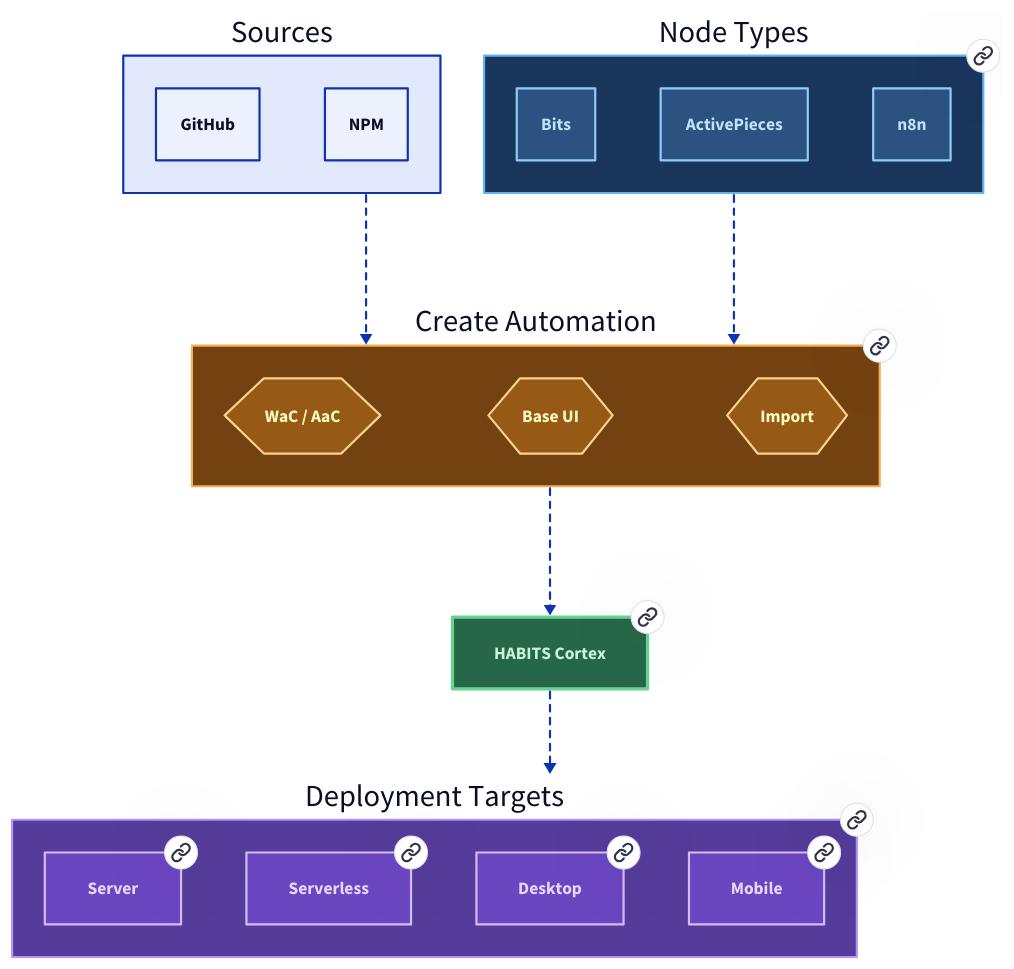
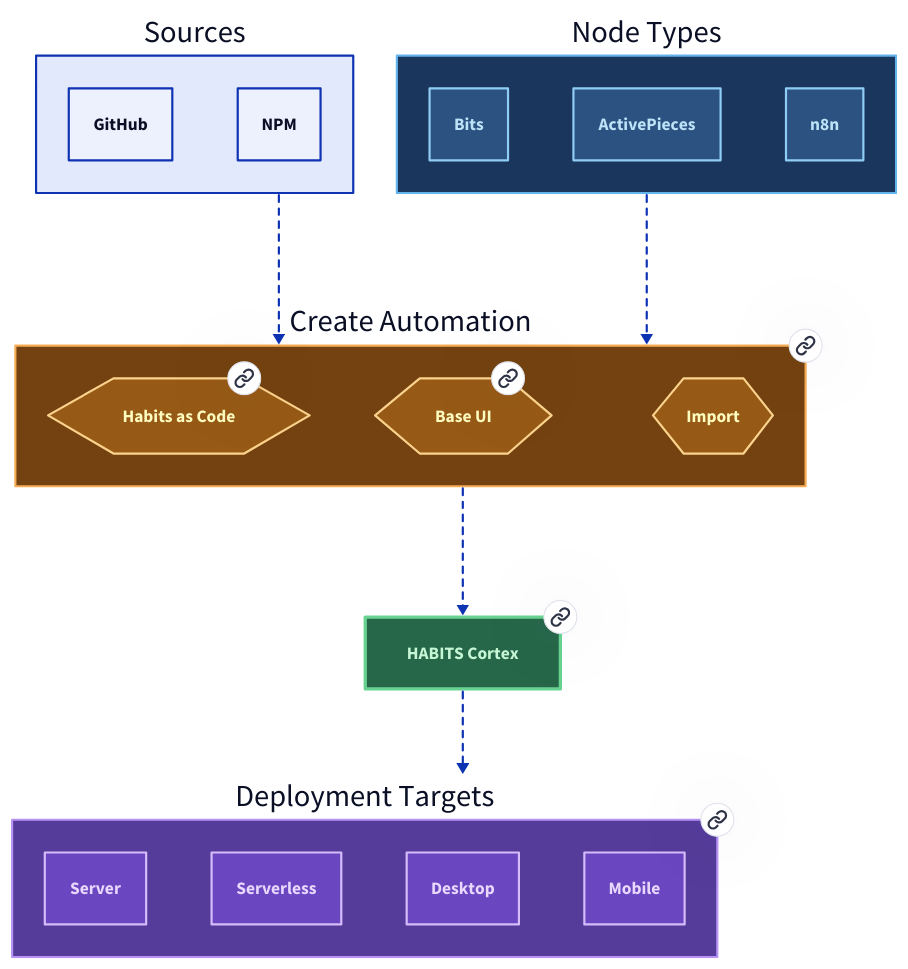
The diagram in docs/diagrams/components.md (Codenteam/habits), drawn with D2 before and after one commit. The commit also changed 25 other files, not shown here.

```diff
--- a/docs/diagrams/components.md
+++ b/docs/diagrams/components.md
@@ -23,7 +23,6 @@
 }
 
 types: Node Types {
-  link: ../deep-dive/node-types
   style.fill: "#1a365d"
   style.stroke: "#63b3ed"
   
@@ -45,17 +44,19 @@
 }
 
 definition: Create Automation {
-  link: ../deep-dive/creating
+  link: /intersect/habits/deep-dive/creating
   style.fill: "#744210"
   style.stroke: "#f6ad55"
   
-  m1: WaC / AaC {
+  m1: Habits as Code {
+    link: /intersect/habits/getting-started/first-habit
     shape: hexagon
     style.fill: "#975a16"
     style.stroke: "#fbd38d"
     style.font-color: "#fefcbf"
   }
   m2: Base UI {
+    link: /intersect/habits/getting-started/first-habit-using-base
     shape: hexagon
     style.fill: "#975a16"
     style.stroke: "#fbd38d"
@@ -70,7 +71,7 @@
 }
 
 habits: HABITS Cortex {
-  link: ../deep-dive/running
+  link: /intersect/habits/deep-dive/running
   style.fill: "#276749"
   style.stroke: "#68d391"
   style.font-color: "#c6f6d5"
@@ -78,30 +79,26 @@
 }
 
 deploy: Deployment Targets {
-  link: ../deep-dive/running
+link: /intersect/habits/deep-dive/running
   style.fill: "#553c9a"
   style.stroke: "#b794f4"
   
   d1: Server {
-    link: ../deep-dive/running#server
     style.fill: "#6b46c1"
     style.stroke: "#d6bcfa"
     style.font-color: "#e9d8fd"
   }
   d2: Serverless {
-    link: ../deep-dive/running#serverless
     style.fill: "#6b46c1"
     style.stroke: "#d6bcfa"
     style.font-color: "#e9d8fd"
   }
   d3: Desktop {
-    link: ../deep-dive/running#desktop
     style.fill: "#6b46c1"
     style.stroke: "#d6bcfa"
     style.font-color: "#e9d8fd"
   }
   d4: Mobile {
-    link: ../deep-dive/running#mobile
     style.fill: "#6b46c1"
     style.stroke: "#d6bcfa"
     style.font-color: "#e9d8fd"
```
